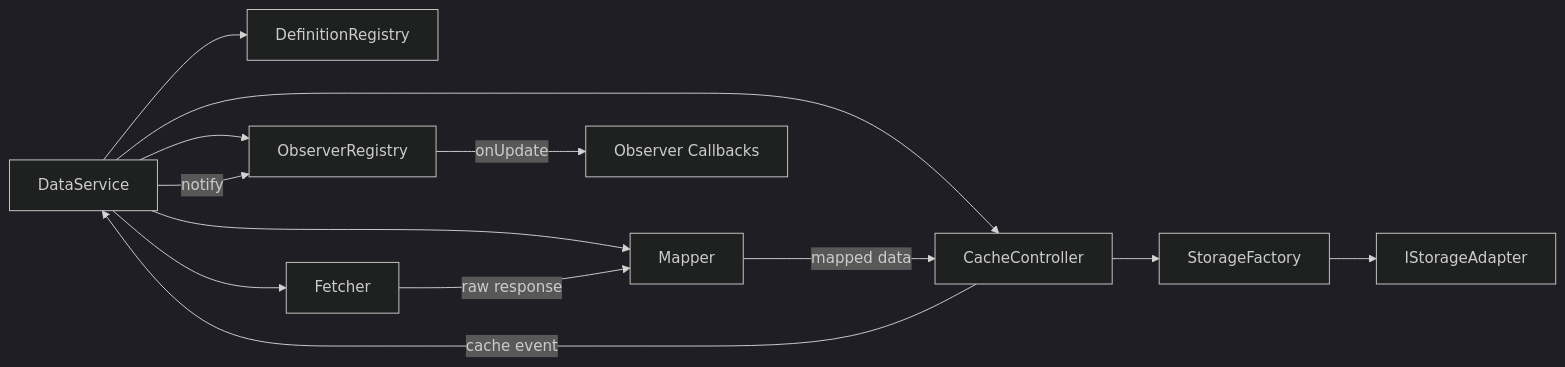
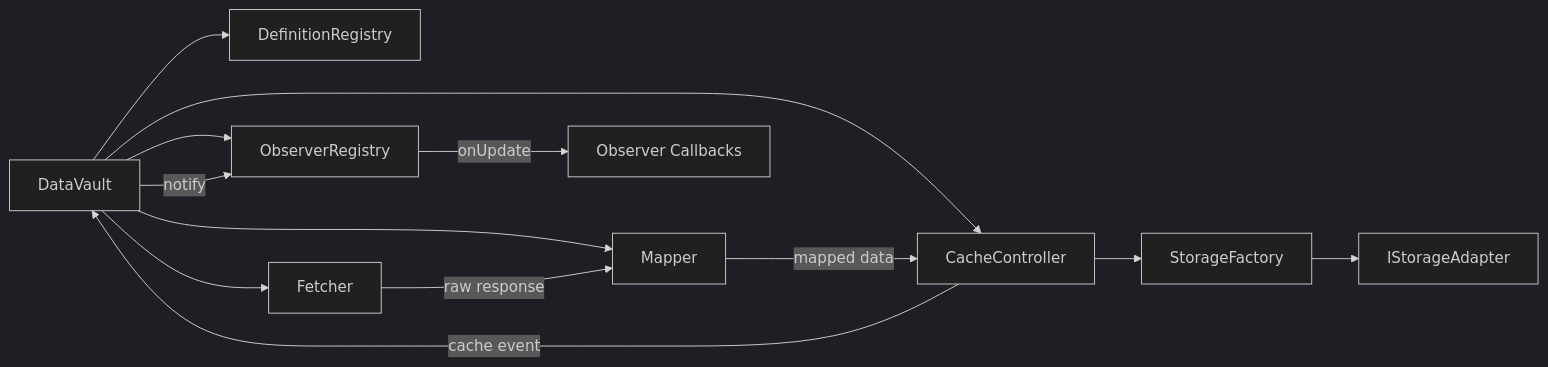
The fourth of 6 diagrams in wiki/Architecture.md (BanditIntInc/DataVault), drawn with Mermaid (dark theme) before and after one commit. The commit also changed other lines of this file and 23 other files, not shown here.

Commit message:
refactor: rename DataService → DataVault throughout

````diff
--- a/wiki/Architecture.md
+++ b/wiki/Architecture.md
@@ -81,17 +81,17 @@
 ```mermaid
 graph LR
-    DS[DataService] --> DR[DefinitionRegistry]
+    DS[DataVault] --> DR[DefinitionRegistry]
     DS --> CC[CacheController]
     DS --> OR[ObserverRegistry]
     DS --> FE[Fetcher]
     DS --> MA[Mapper]
 
     FE -->|raw response| MA
     MA -->|mapped data| CC
     CC -->|cache event| DS
     DS -->|notify| OR
     OR -->|onUpdate| OB[Observer Callbacks]
 
     CC --> SF[StorageFactory]
     SF --> AD[IStorageAdapter]
 ```
````
